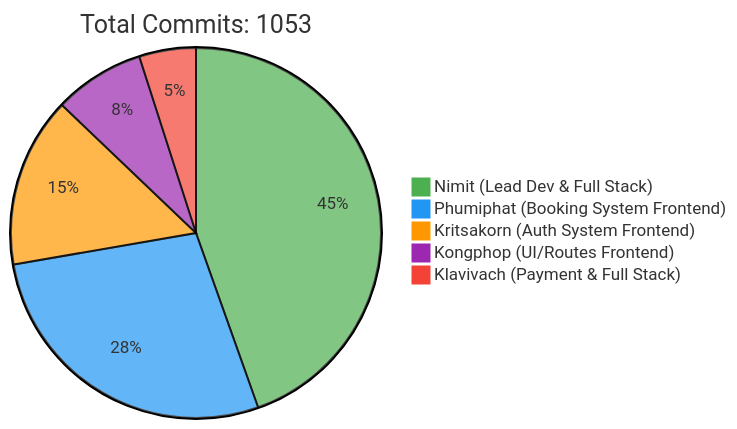
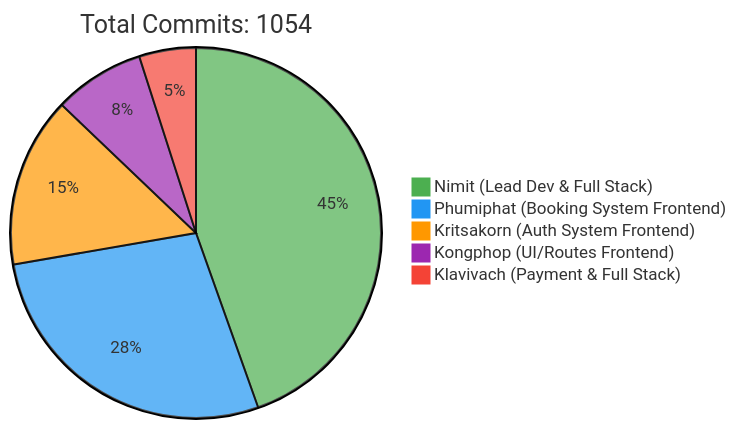
The first of 2 diagrams in README.md (6531503042/Sport-Complex), drawn with Mermaid before and after one commit. The commit also changed other lines of this file, not shown here.

Commit message:
docs: Update contributor statistics [skip ci]

````diff
--- a/README.md
+++ b/README.md
@@ -240,10 +240,10 @@
 ```mermaid
 %%{init: {'theme': 'base', 'themeVariables': { 'pie1': '#4CAF50', 'pie2': '#2196F3', 'pie3': '#FF9800', 'pie4': '#9C27B0', 'pie5': '#F44336'}}}%%
 pie
-    title Total Commits: 1053
+    title Total Commits: 1054
     "Nimit (Lead Dev & Full Stack)" : 450
     "Phumiphat (Booking System Frontend)" : 280
     "Kritsakorn (Auth System Frontend)" : 150
     "Kongphop (UI/Routes Frontend)" : 80
     "Klavivach (Payment & Full Stack)" : 50
 ```
````
